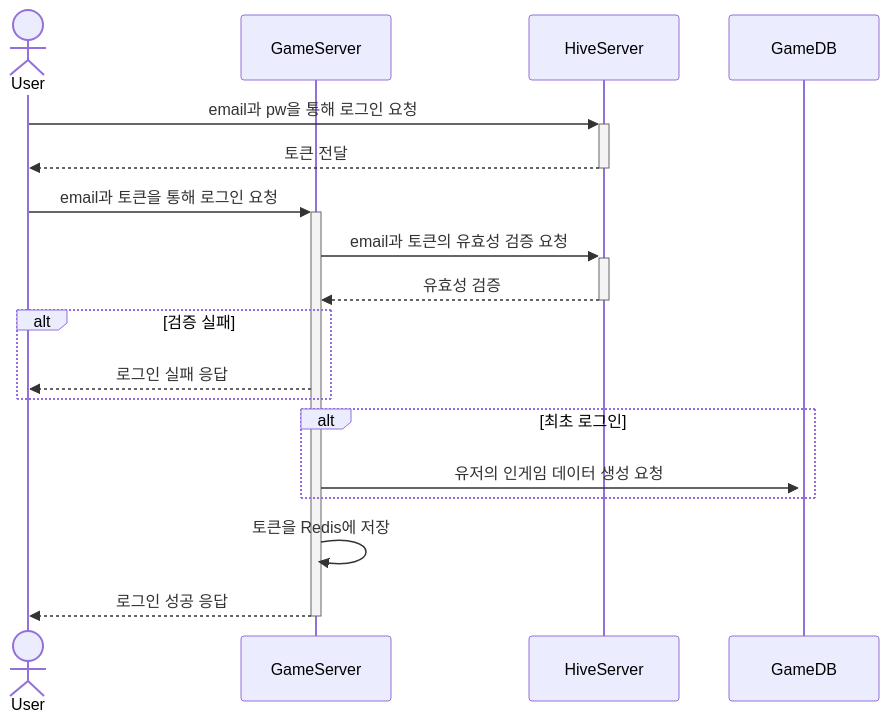
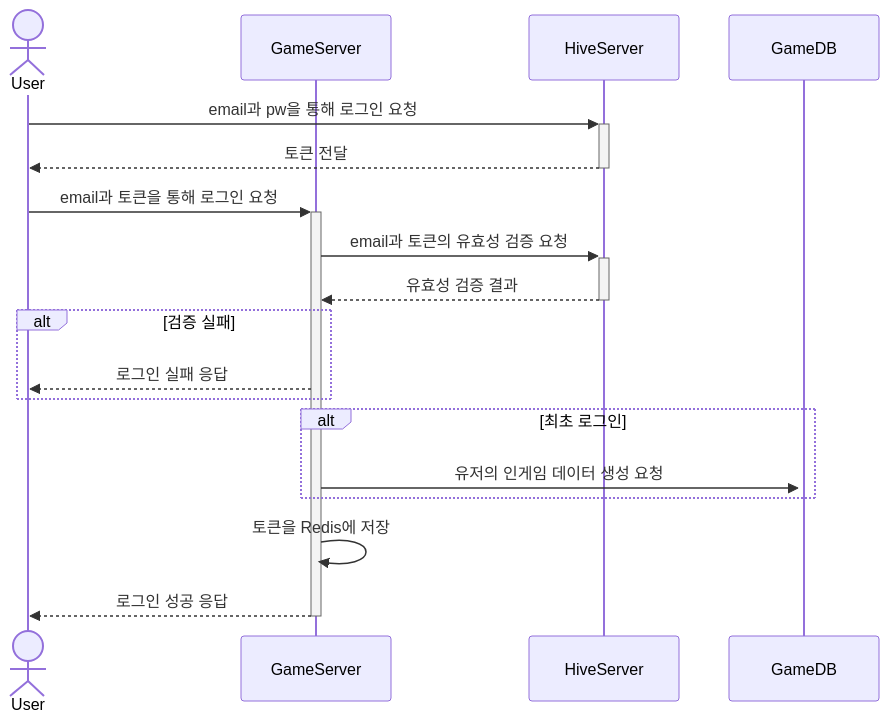
Before and after one commit to grace7040/Online-Omok-Server: the first of 2 diagrams in SequenceDiagram.md, drawn with Mermaid. The commit also changed other lines of this file, not shown here.

Commit message:
Docs: Sequence Diagram 수정

````diff
--- a/SequenceDiagram.md
+++ b/SequenceDiagram.md
@@ -2,21 +2,21 @@
 ```mermaid
 sequenceDiagram
     actor User
     participant GameServer
     participant HiveServer
     participant GameDB
 
     User->>+HiveServer: email과 pw을 통해 로그인 요청
     HiveServer-->>-User: 토큰 전달
     User->>+GameServer: email과 토큰을 통해 로그인 요청
     GameServer->>+HiveServer: email과 토큰의 유효성 검증 요청
-    HiveServer-->>-GameServer: 유효성 검증
+    HiveServer-->>-GameServer: 유효성 검증 결과
     alt 검증 실패
         GameServer-->>User: 로그인 실패 응답
     end
     alt 최초 로그인
         GameServer->>+GameDB: 유저의 인게임 데이터 생성 요청
     end
     GameServer->>GameServer: 토큰을 Redis에 저장
     GameServer-->>-User: 로그인 성공 응답
 ```
````
